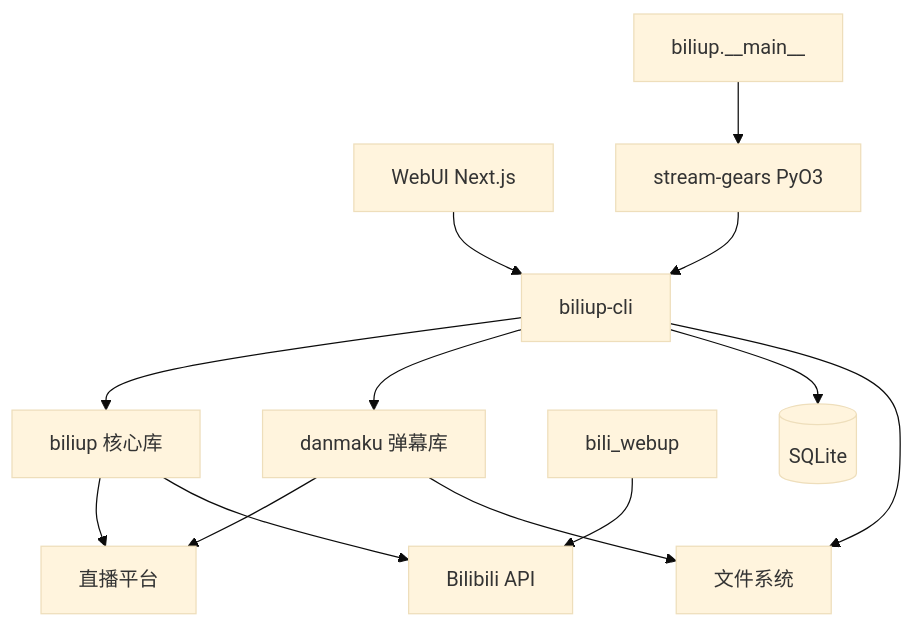
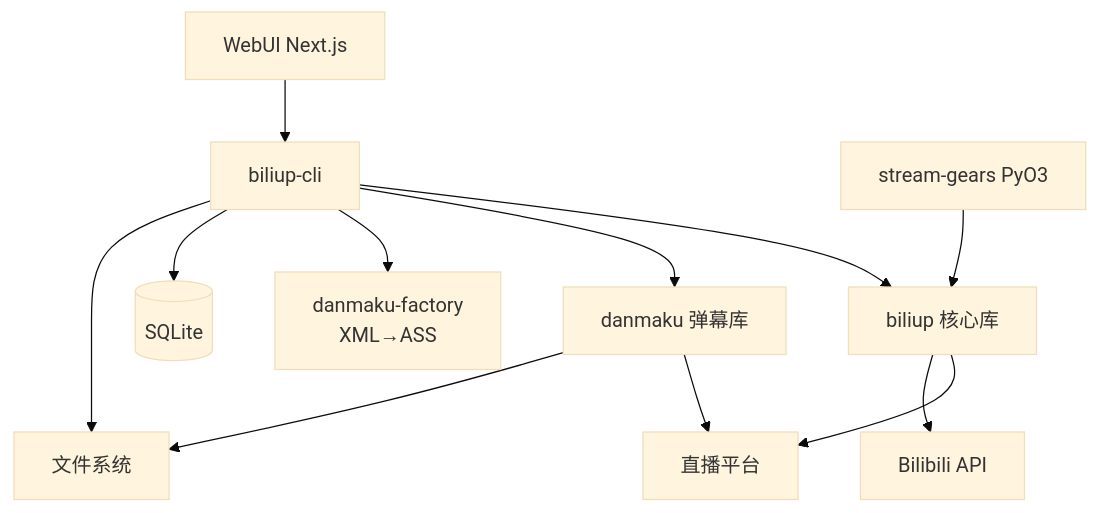
Before and after one commit to Aluneu/biliup-docs: the diagram in docs/guide/getting-started/更多/architecture.md, drawn with Mermaid (base theme). The commit also changed other lines of this file and 31 other files, not shown here.

````diff
--- a/docs/guide/getting-started/更多/architecture.md
+++ b/docs/guide/getting-started/更多/architecture.md
@@ -9,27 +11,25 @@
 ```mermaid
 graph TB
     UI[WebUI Next.js]
     CLI[biliup-cli]
     CORE[biliup 核心库]
     DANMAKU[danmaku 弹幕库]
+    FACTORY[danmaku-factory<br/>XML→ASS]
     GEARS[stream-gears PyO3]
-    PYENTRY[biliup.__main__]
-    PYUPLOAD[bili_webup]
     DB[("SQLite")]
     FILES[文件系统]
     BILI[Bilibili API]
     STREAMS[直播平台]
 
     UI --> CLI
     CLI --> CORE
     CLI --> DANMAKU
+    CLI --> FACTORY
     CLI --> DB
     CLI --> FILES
     CORE --> STREAMS
     CORE --> BILI
     DANMAKU --> STREAMS
     DANMAKU --> FILES
-    GEARS --> CLI
-    PYENTRY --> GEARS
-    PYUPLOAD --> BILI
+    GEARS --> CORE
 ```
````
